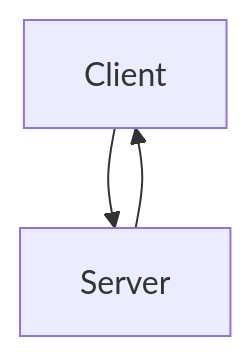
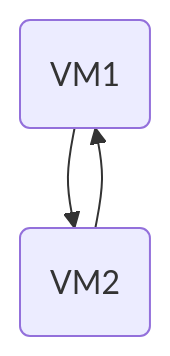
One commit to spawnmarvel/quickguides changed the diagram in amqp/Readme.md. Above: the diagram before and after it, drawn with Mermaid.

Commit message:
cert order

````diff
--- a/amqp/Readme.md
+++ b/amqp/Readme.md
@@ -56,5 +56,5 @@
 ```mermaid
 graph TD;
-    Client-->Server;
-    Server-->Client;
+    Client(VM1)-->Server(VM2);
+    Server(VM2)-->Client(VM1);
 ```
````
